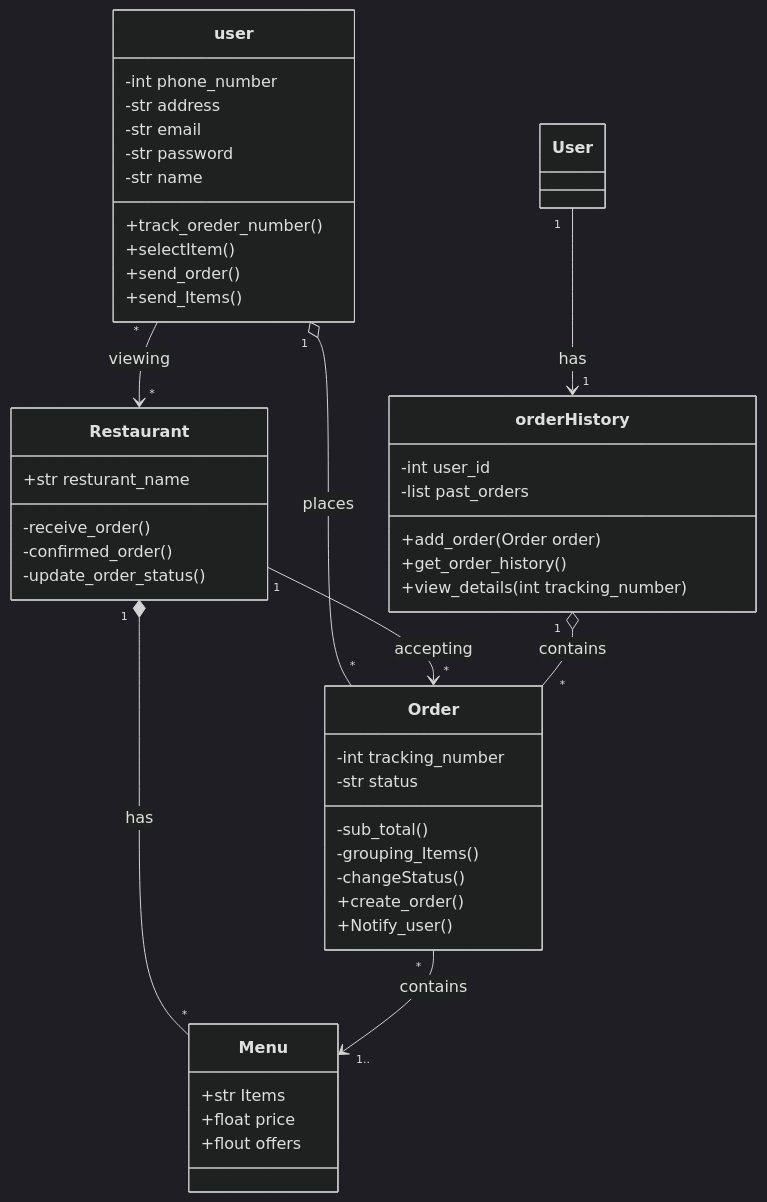
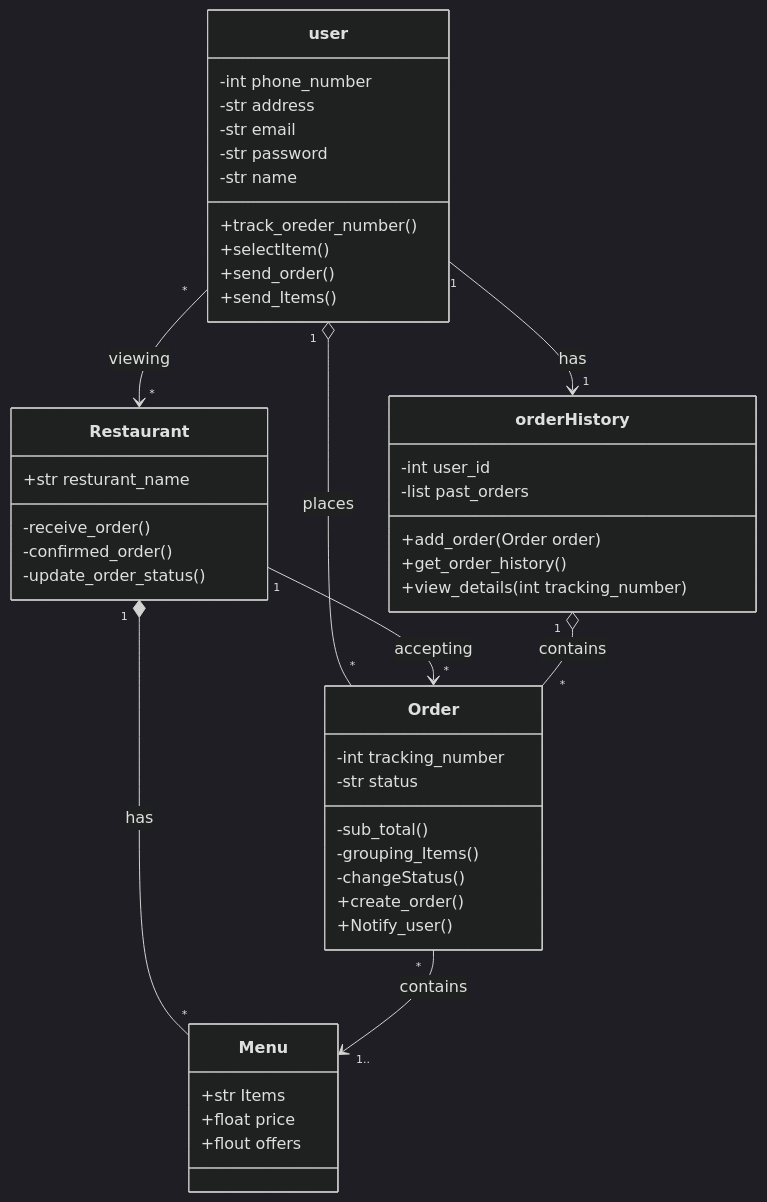
The diagram in diagramsUML/classDiagramFood.mmd (Tmadeer/Architecture_Plan_For_FoodDeliveryPlatform), drawn with Mermaid (dark theme) before and after one commit.

Commit message:
last Update

```diff
--- a/diagramsUML/classDiagramFood.mmd
+++ b/diagramsUML/classDiagramFood.mmd
@@ -1,51 +1,51 @@
 classDiagram
 direction TB
     class Menu {
        +str  Items
        +float  price
        +flout offers
     }
 
     class Order {
        -int tracking_number
        -str status
        -sub_total()
        -grouping_Items()
        -changeStatus()
        +create_order()
        +Notify_user()
     }
 class orderHistory {
         -int user_id
         -list past_orders
         +add_order(Order order)
         +get_order_history()
         +view_details(int tracking_number)
     }
 
     class Restaurant {
         +str resturant_name
         -receive_order()
         -confirmed_order()
         -update_order_status()
     }
 
     class user {
         -int phone_number
         -str address
         -str email
         -str password
         -str name
         +track_oreder_number()
         +selectItem()
         +send_order()
 	+send_Items()
     }
 
  user "1" o-- "*" Order : places
 Restaurant "1" --> "*" Order : accepting
 Restaurant "1" *-- "*" Menu : has
 user "*" --> "*" Restaurant : viewing
 Order "*" --> "1.." Menu : contains
-User "1" --> "1" orderHistory : has
+user "1" --> "1" orderHistory : has
 orderHistory "1" o-- "*" Order : contains
```
